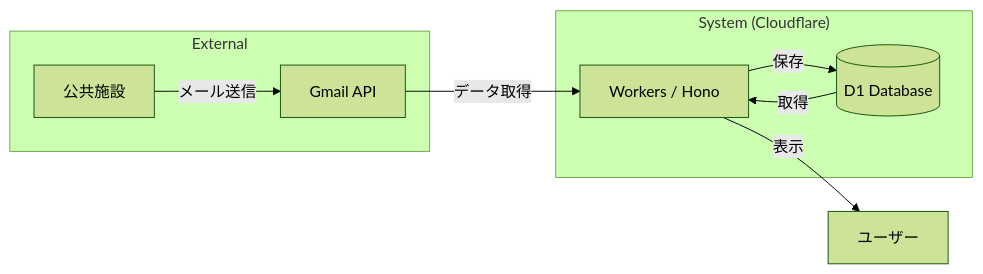
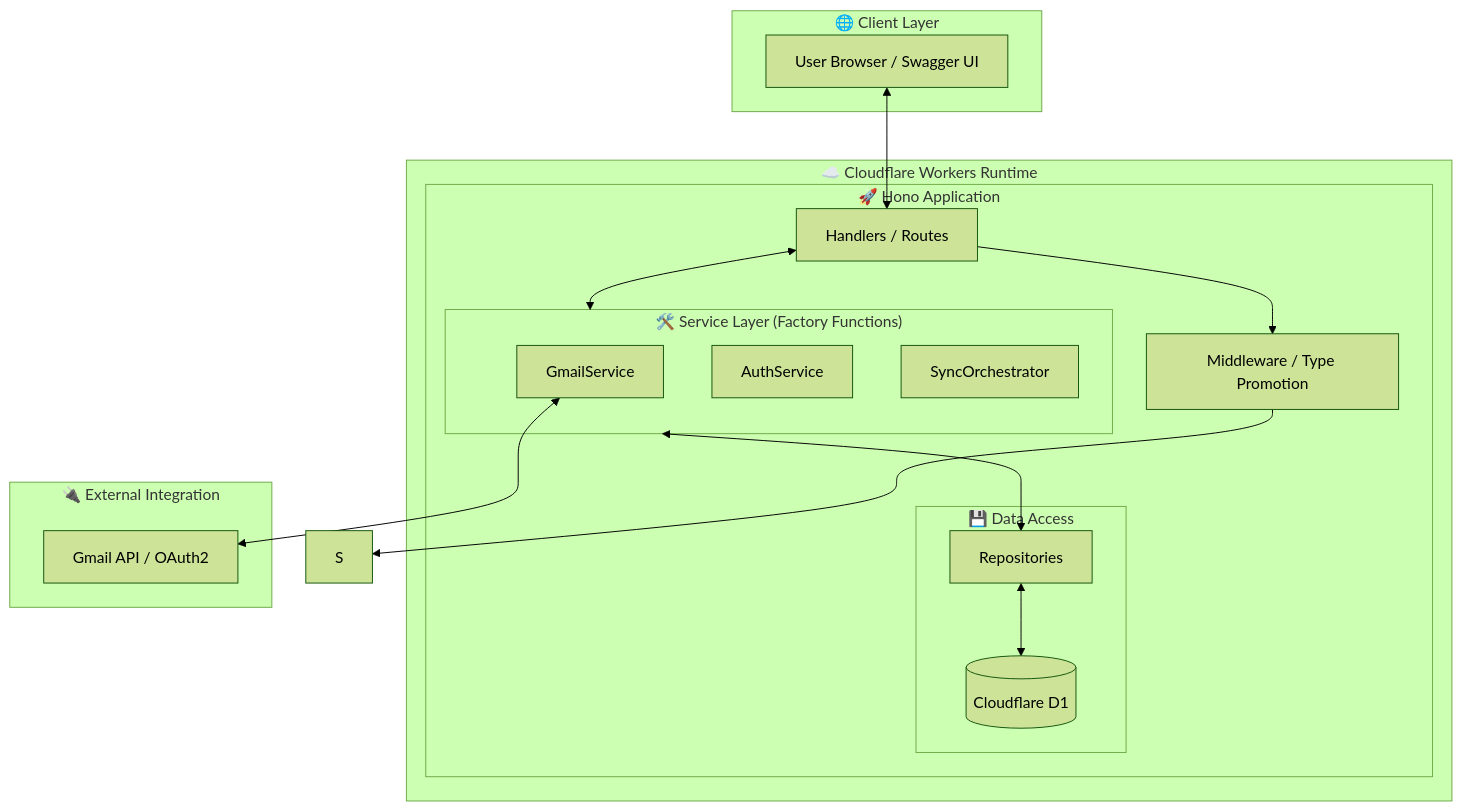
One commit to sugawara-kouki/gym-booking-tracker changed the diagram in docs/design/architecture.md. Above: the diagram before and after it, drawn with Mermaid (forest theme). The commit also changed other lines of this file and 5 other files, not shown here.

Commit message:
docs: modernize and evolve architecture and design documentation (v1.4)

````diff
--- a/docs/design/architecture.md
+++ b/docs/design/architecture.md
@@ -7,21 +7,37 @@
 ```mermaid
-graph LR
-    subgraph External
-        F[公共施設]
-        G[Gmail API]
+graph TD
+    subgraph Client ["🌐 Client Layer"]
+        U[User Browser / Swagger UI]
     end
 
-    subgraph "System (Cloudflare)"
-        W[Workers / Hono]
-        D[(D1 Database)]
+    subgraph Cloudflare ["☁️ Cloudflare Workers Runtime"]
+        subgraph HonoApp ["🚀 Hono Application"]
+            H[Handlers / Routes]
+            M[Middleware / Type Promotion]
+            
+            subgraph Services ["🛠️ Service Layer (Factory Functions)"]
+                GS[GmailService]
+                AS[AuthService]
+                SO[SyncOrchestrator]
+            end
+            
+            subgraph Data ["💾 Data Access"]
+                R[Repositories]
+                D[(Cloudflare D1)]
+            end
+        end
     end
 
-    U[ユーザー]
+    subgraph External ["🔌 External Integration"]
+        G[Gmail API / OAuth2]
+    end
 
-    %% Flow
-    F -- メール送信 --> G
-    G -- データ取得 --> W
-    W -- 保存 --> D
-    D -- 取得 --> W
-    W -- 表示 --> U
+    %% Interactions
+    U <--> H
+    H --> M
+    M --> S
+    H <--> Services
+    Services <--> R
+    R <--> D
+    GS <--> G
 ```
````
